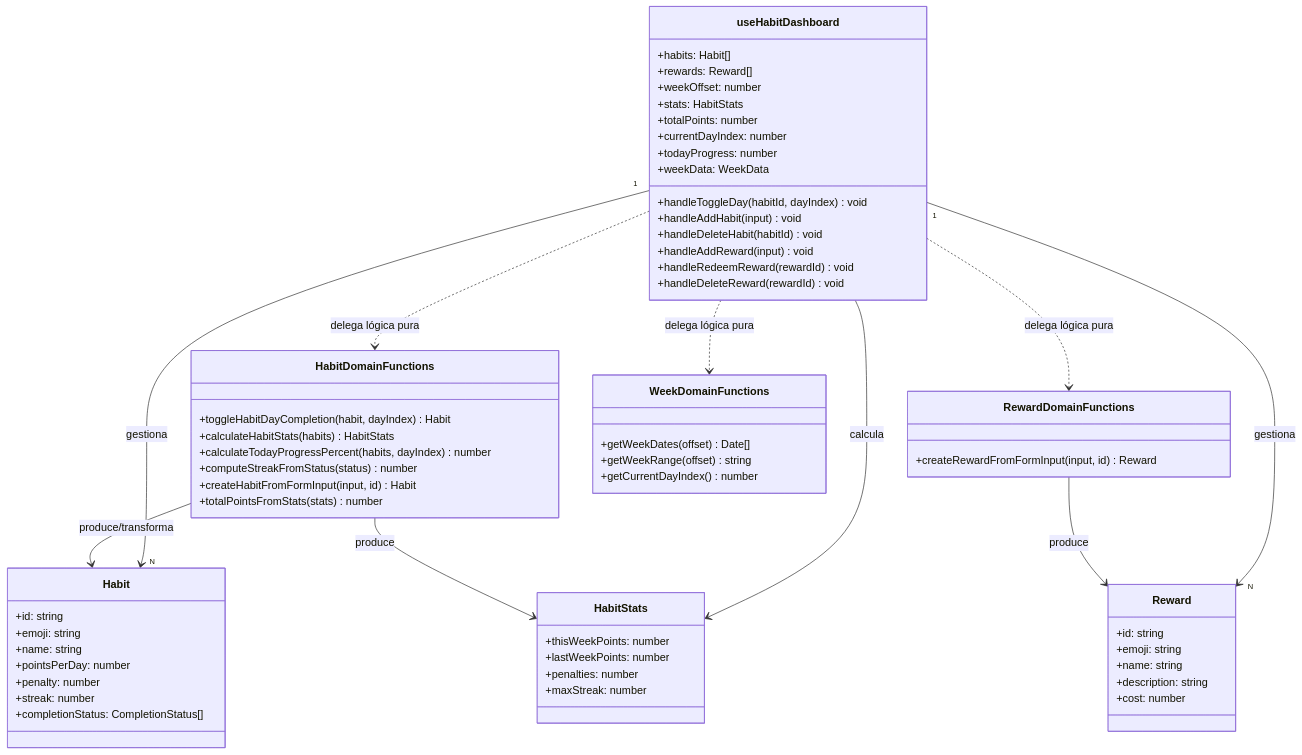
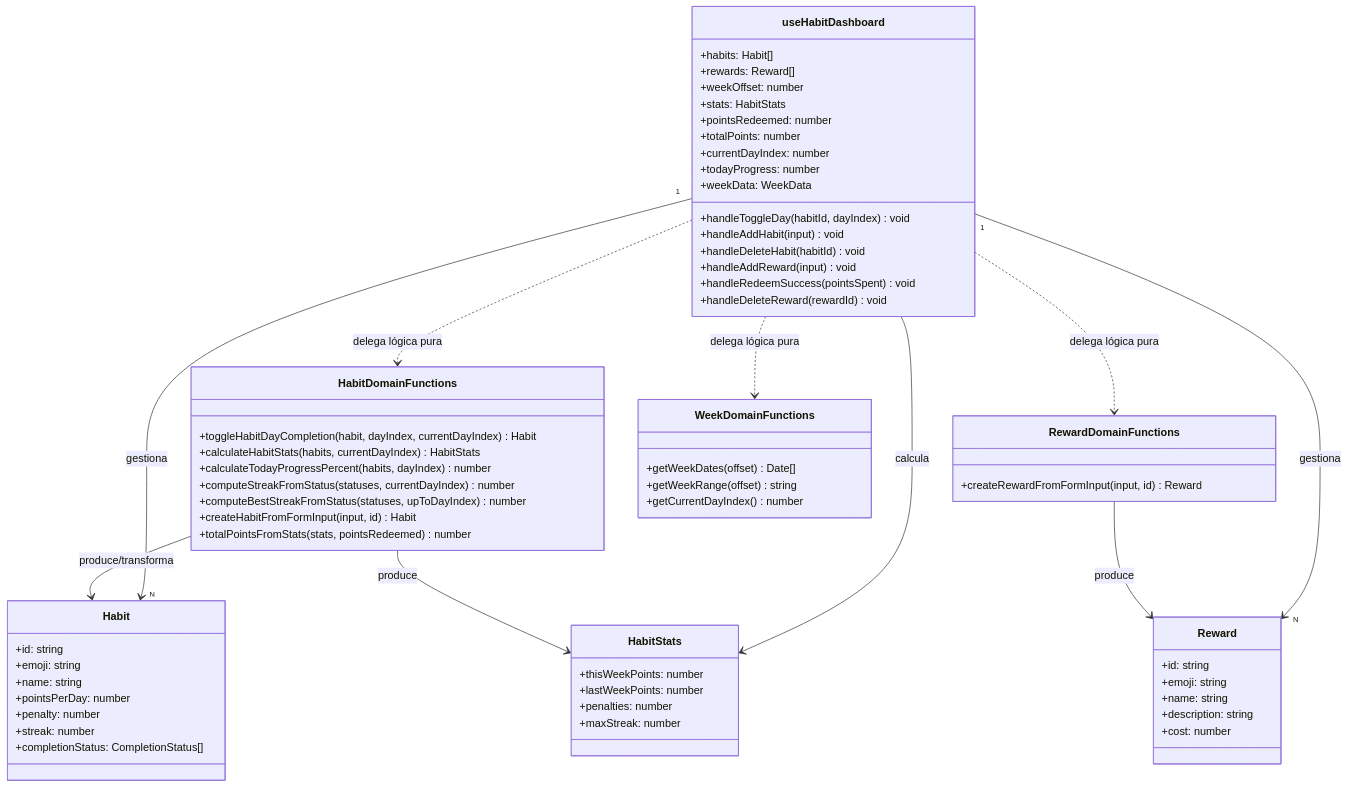
One commit to isaacmvimv/AI4Devs-finalproject-IMV changed diagram 16 of 16 in docs/prd.md. Above: the diagram before and after it, drawn with Mermaid. The commit also changed other lines of this file and 61 other files, not shown here.

````diff
--- a/docs/prd.md
+++ b/docs/prd.md
@@ -1002,73 +1029,75 @@
 ```mermaid
 classDiagram
   class useHabitDashboard {
     +habits: Habit[]
     +rewards: Reward[]
     +weekOffset: number
     +stats: HabitStats
+    +pointsRedeemed: number
     +totalPoints: number
     +currentDayIndex: number
     +todayProgress: number
     +weekData: WeekData
     +handleToggleDay(habitId, dayIndex) void
     +handleAddHabit(input) void
     +handleDeleteHabit(habitId) void
     +handleAddReward(input) void
-    +handleRedeemReward(rewardId) void
+    +handleRedeemSuccess(pointsSpent) void
     +handleDeleteReward(rewardId) void
   }
 
   class Habit {
     +id: string
     +emoji: string
     +name: string
     +pointsPerDay: number
     +penalty: number
     +streak: number
     +completionStatus: CompletionStatus[]
   }
 
   class HabitStats {
     +thisWeekPoints: number
     +lastWeekPoints: number
     +penalties: number
     +maxStreak: number
   }
 
   class Reward {
     +id: string
     +emoji: string
     +name: string
     +description: string
     +cost: number
   }
 
   class HabitDomainFunctions {
-    +toggleHabitDayCompletion(habit, dayIndex) Habit
-    +calculateHabitStats(habits) HabitStats
+    +toggleHabitDayCompletion(habit, dayIndex, currentDayIndex) Habit
+    +calculateHabitStats(habits, currentDayIndex) HabitStats
     +calculateTodayProgressPercent(habits, dayIndex) number
-    +computeStreakFromStatus(status) number
+    +computeStreakFromStatus(statuses, currentDayIndex) number
+    +computeBestStreakFromStatus(statuses, upToDayIndex) number
     +createHabitFromFormInput(input, id) Habit
-    +totalPointsFromStats(stats) number
+    +totalPointsFromStats(stats, pointsRedeemed) number
   }
 
   class RewardDomainFunctions {
     +createRewardFromFormInput(input, id) Reward
   }
 
   class WeekDomainFunctions {
     +getWeekDates(offset) Date[]
     +getWeekRange(offset) string
     +getCurrentDayIndex() number
   }
 
   useHabitDashboard "1" --> "N" Habit : gestiona
   useHabitDashboard "1" --> "N" Reward : gestiona
   useHabitDashboard --> HabitStats : calcula
   useHabitDashboard ..> HabitDomainFunctions : delega lógica pura
   useHabitDashboard ..> RewardDomainFunctions : delega lógica pura
   useHabitDashboard ..> WeekDomainFunctions : delega lógica pura
   HabitDomainFunctions --> Habit : produce/transforma
   HabitDomainFunctions --> HabitStats : produce
   RewardDomainFunctions --> Reward : produce
 ```
````
